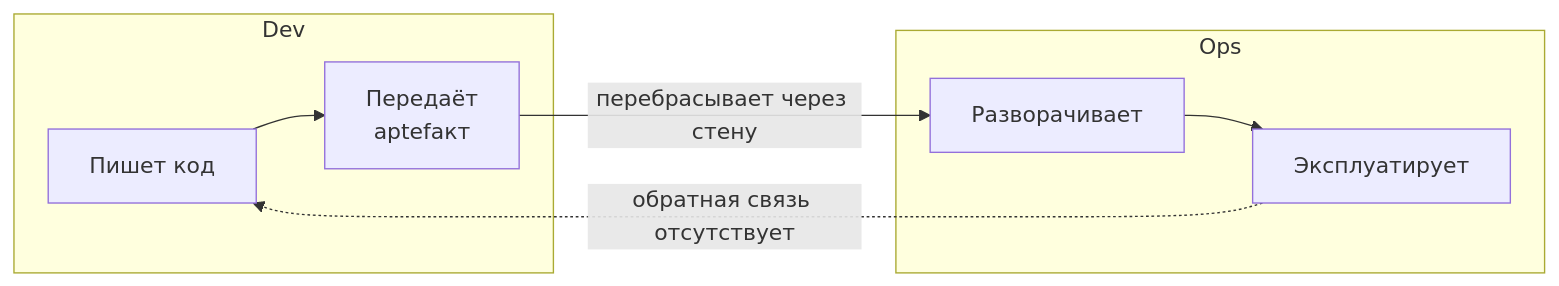
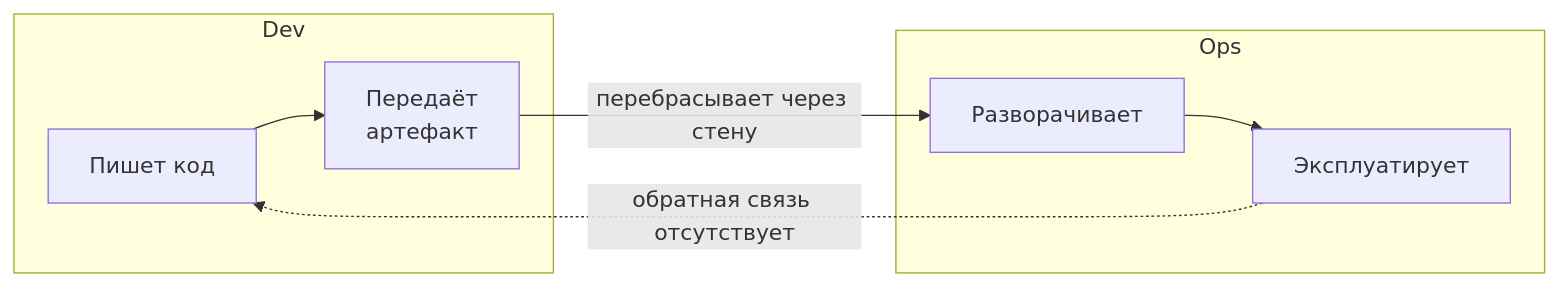
Diagram 11 of 15 in slides/lectures/01.md (filberol/course_in_container), drawn with Mermaid before and after one commit. The commit also changed other lines of this file and 1 other file, not shown here.

````diff
--- a/slides/lectures/01.md
+++ b/slides/lectures/01.md
@@ -485,11 +485,11 @@
 ```mermaid {scale: 0.75}
 flowchart LR
     subgraph Dev
-        A["Пишет код"] --> B["Передаёт<br/>арtefакт"]
+        A["Пишет код"] --> B["Передаёт<br/>артефакт"]
     end
     subgraph Ops
         C["Разворачивает"] --> D["Эксплуатирует"]
     end
     B -->|"перебрасывает через стену"| C
     D -.->|"обратная связь отсутствует"| A
 ```
````
